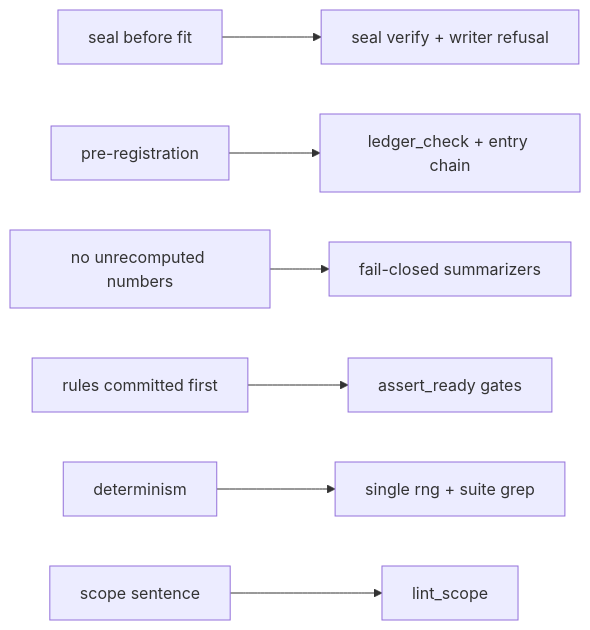
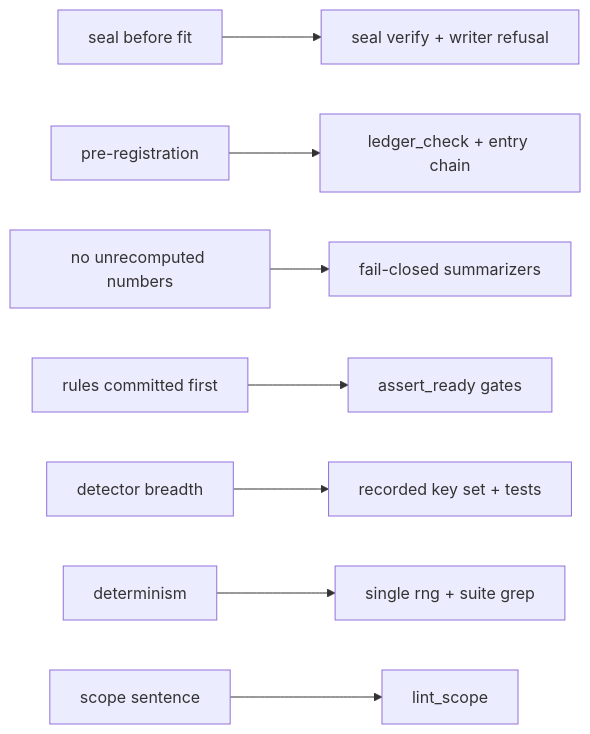
Before and after one commit to hossainpazooki/linear-ceiling: the fourth of 6 diagrams in README.md, drawn with Mermaid. The commit also changed other lines of this file and 3 other files, not shown here.

````diff
--- a/README.md
+++ b/README.md
@@ -83,9 +90,10 @@
 ```mermaid
 flowchart LR
     I1[seal before fit] --> C1[seal verify + writer refusal]
     I2[pre-registration] --> C2[ledger_check + entry chain]
     I3[no unrecomputed numbers] --> C3[fail-closed summarizers]
     I4[rules committed first] --> C4[assert_ready gates]
-    I5[determinism] --> C5[single rng + suite grep]
-    I6[scope sentence] --> C6[lint_scope]
+    I5[detector breadth] --> C5[recorded key set + tests]
+    I6[determinism] --> C6[single rng + suite grep]
+    I7[scope sentence] --> C7[lint_scope]
 ```
````
